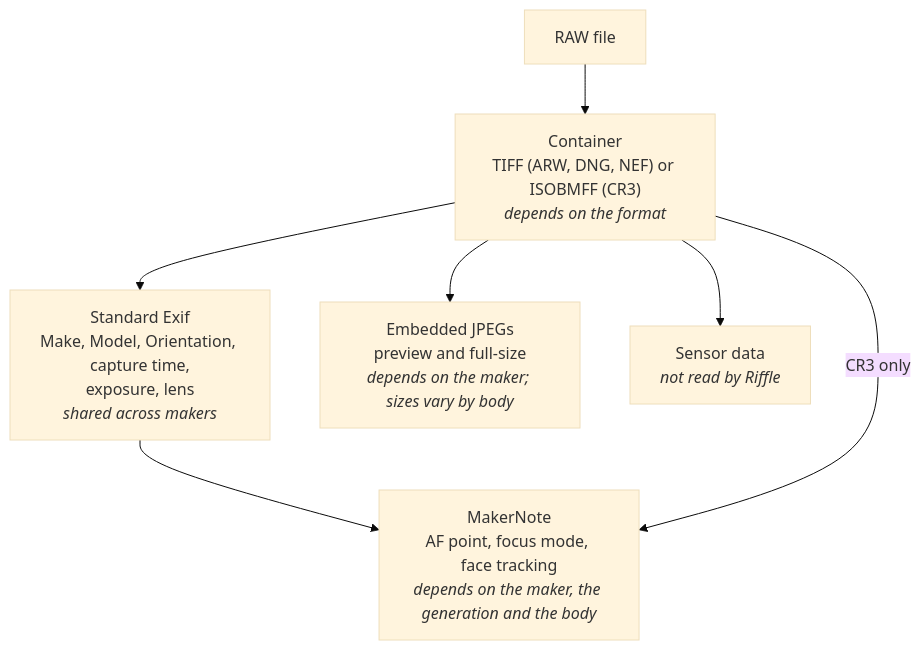
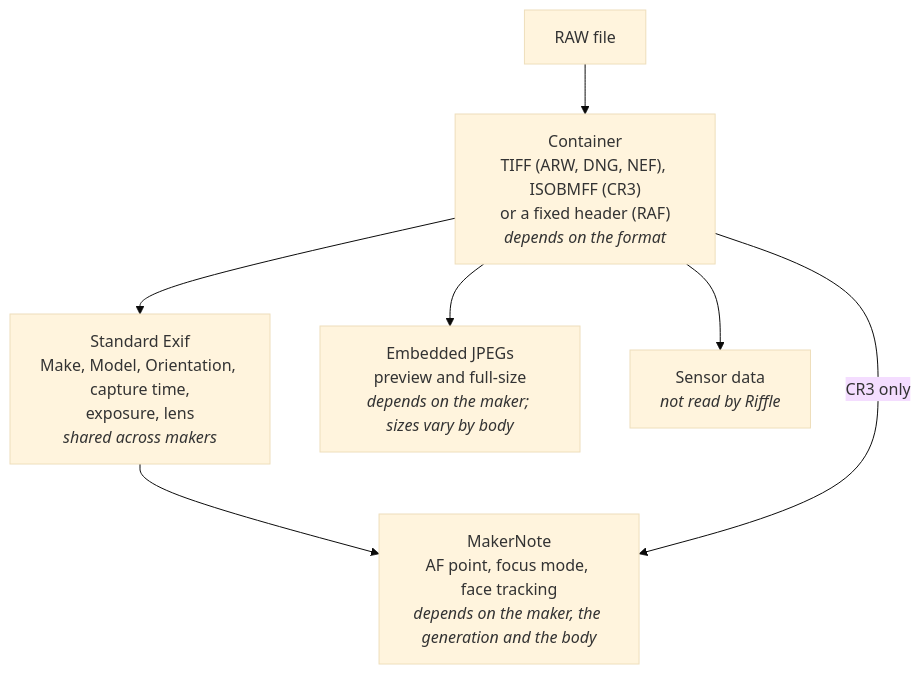
The first of 2 diagrams in docs/raw-formats.md (minodisk/riffle), drawn with Mermaid (base theme) before and after one commit. The commit also changed other lines of this file and 8 other files, not shown here.

````diff
--- a/docs/raw-formats.md
+++ b/docs/raw-formats.md
@@ -15,15 +15,15 @@
 ```mermaid
 flowchart TB
     file["RAW file"]
-    container["Container<br/>TIFF (ARW, DNG, NEF) or ISOBMFF (CR3)<br/><i>depends on the format</i>"]
+    container["Container<br/>TIFF (ARW, DNG, NEF), ISOBMFF (CR3)<br/>or a fixed header (RAF)<br/><i>depends on the format</i>"]
     exif["Standard Exif<br/>Make, Model, Orientation, capture time,<br/>exposure, lens<br/><i>shared across makers</i>"]
     jpegs["Embedded JPEGs<br/>preview and full-size<br/><i>depends on the maker; sizes vary by body</i>"]
     note["MakerNote<br/>AF point, focus mode, face tracking<br/><i>depends on the maker, the generation and the body</i>"]
     sensor["Sensor data<br/><i>not read by Riffle</i>"]
     file --> container
     container --> exif
     container --> jpegs
     container --> sensor
     exif --> note
     container -->|CR3 only| note
 ```
````
